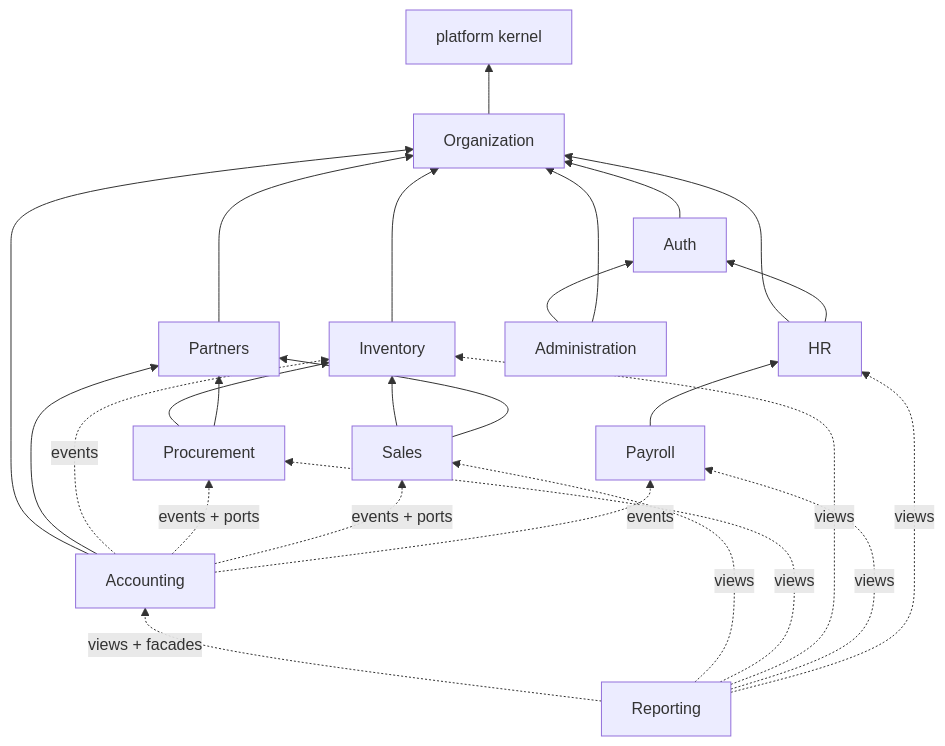
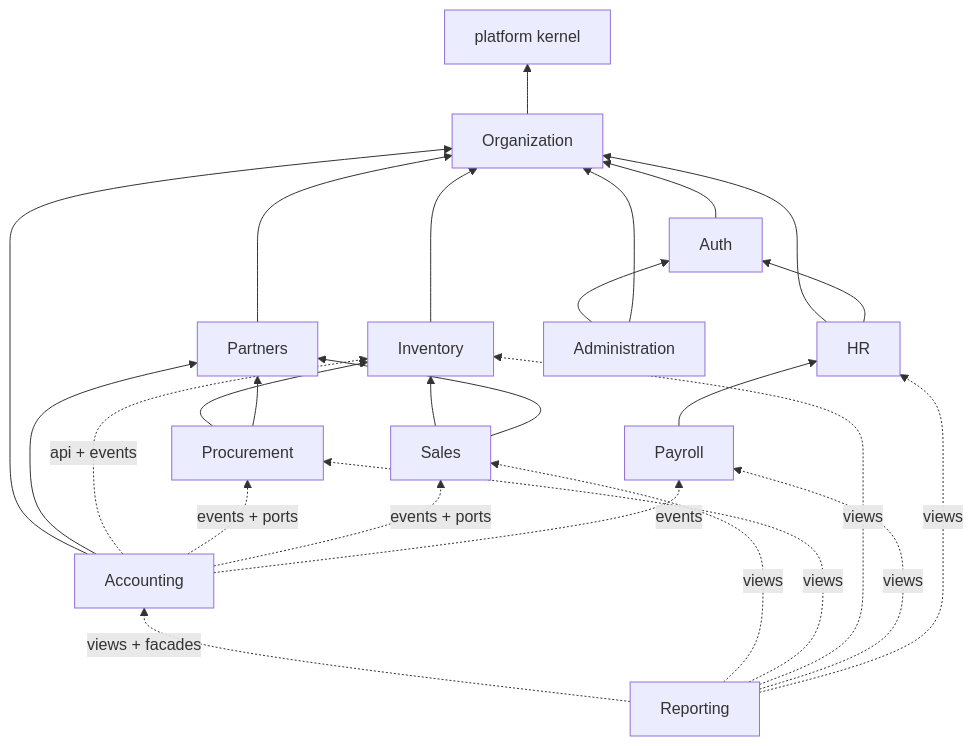
One commit to Khalid-Syfullah/erp-system changed the second of 3 diagrams in docs/ARCHITECTURE.md. Above: the diagram before and after it, drawn with Mermaid. The commit also changed other lines of this file and 106 other files, not shown here.

````diff
--- a/docs/ARCHITECTURE.md
+++ b/docs/ARCHITECTURE.md
@@ -252,41 +252,41 @@
 ```mermaid
 flowchart BT
   platform[platform kernel]
   org[Organization]
   auth[Auth]
   partners[Partners]
   inventory[Inventory]
   hr[HR]
   procurement[Procurement]
   sales[Sales]
   payroll[Payroll]
   accounting[Accounting]
   reporting[Reporting]
   admin[Administration]
 
   org --> platform
   auth --> org
   partners --> org
   inventory --> org
   hr --> org
   hr --> auth
   procurement --> inventory
   procurement --> partners
   sales --> inventory
   sales --> partners
   payroll --> hr
   accounting --> org
   accounting --> partners
-  accounting -. events .-> inventory
+  accounting -. api + events .-> inventory
   accounting -. events + ports .-> procurement
   accounting -. events + ports .-> sales
   accounting -. events .-> payroll
   reporting -. views + facades .-> accounting
   reporting -. views .-> sales
   reporting -. views .-> procurement
   reporting -. views .-> inventory
   reporting -. views .-> payroll
   reporting -. views .-> hr
   admin --> auth
   admin --> org
 ```
````
